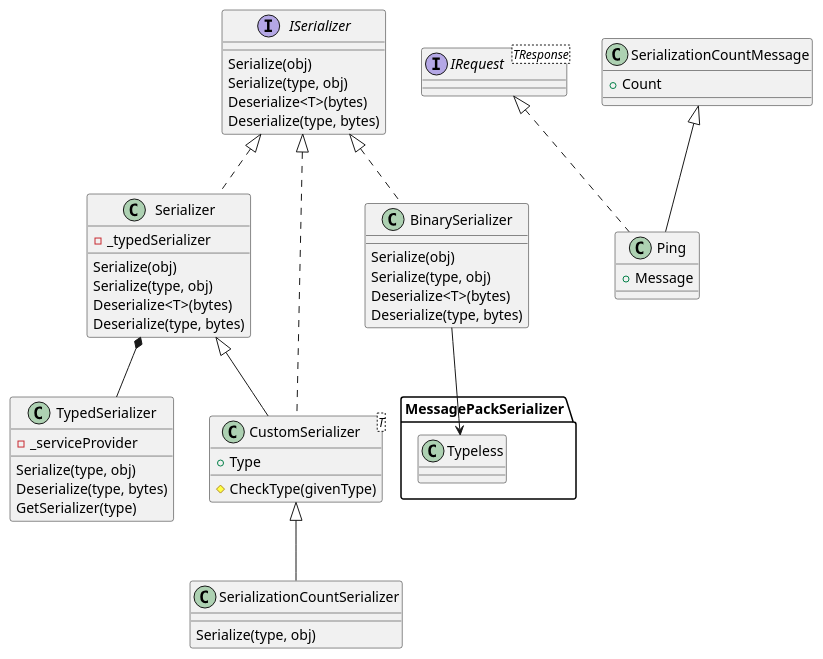
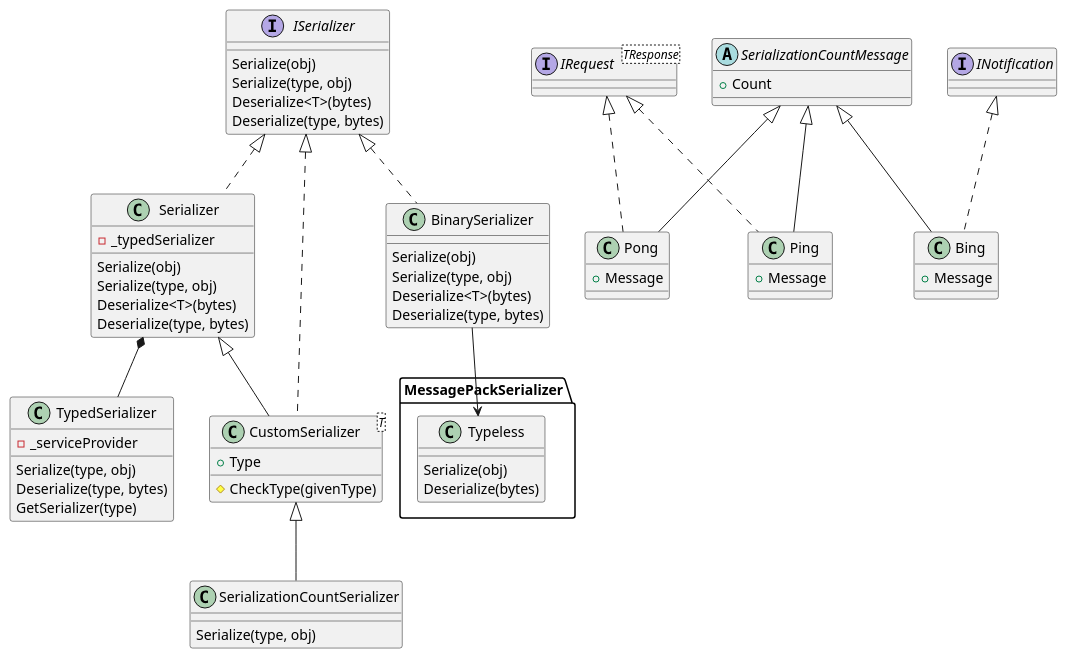
One commit to toniarnold/DMediatR changed the first of 2 diagrams in doc/docs/serializer.md. Above: the diagram before and after it, drawn with PlantUML. The commit also changed other lines of this file and 39 other files, not shown here.

First line of the commit message:
Unify AddTraceToMessage for Ping-Pong and Ping

````diff
--- a/doc/docs/serializer.md
+++ b/doc/docs/serializer.md
@@ -48,64 +48,78 @@
 ```plantUml
 @startuml serialization-classes
 
 ' Serializer
 interface ISerializer {
     Serialize(obj)
     Serialize(type, obj)
     Deserialize<T>(bytes)
     Deserialize(type, bytes)
 }
 
 class Serializer implements ISerializer {
     - _typedSerializer
     Serialize(obj)
     Serialize(type, obj)
     Deserialize<T>(bytes)
     Deserialize(type, bytes)
 }
 
 class BinarySerializer implements ISerializer {
     Serialize(obj)
     Serialize(type, obj)
     Deserialize<T>(bytes)
     Deserialize(type, bytes)
 }
 
-class MessagePackSerializer.Typeless
+class MessagePackSerializer.Typeless {
+    Serialize(obj)
+    Deserialize(bytes)
+}
 
 BinarySerializer --> Typeless
 
 class TypedSerializer {
     - _serviceProvider
     Serialize(type, obj)
     Deserialize(type, bytes)
     GetSerializer(type)
 }
 
 Serializer *-- TypedSerializer
 
 class CustomSerializer<T> extends Serializer implements ISerializer{
     + Type
     # CheckType(givenType)
 }
 
 class SerializationCountSerializer extends CustomSerializer {
     Serialize(type, obj)
 }
 
 
 ' Serialized Objects
 
 interface IRequest<TResponse>
 
+interface INotification
 
-class SerializationCountMessage  {
+
+abstract class SerializationCountMessage  {
     + Count
 }
 
 class Ping extends SerializationCountMessage implements IRequest {
     + Message
 }
 
+class Pong extends SerializationCountMessage implements IRequest {
+    + Message
+}
+
+class Bing extends SerializationCountMessage implements INotification {
+    + Message
+}
+
 @enduml
+
 ```
````
